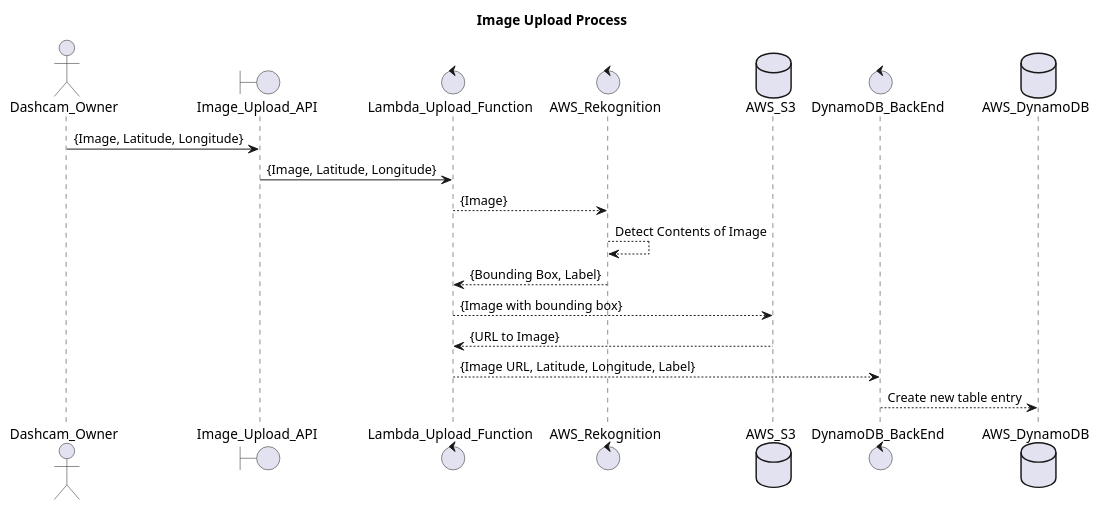
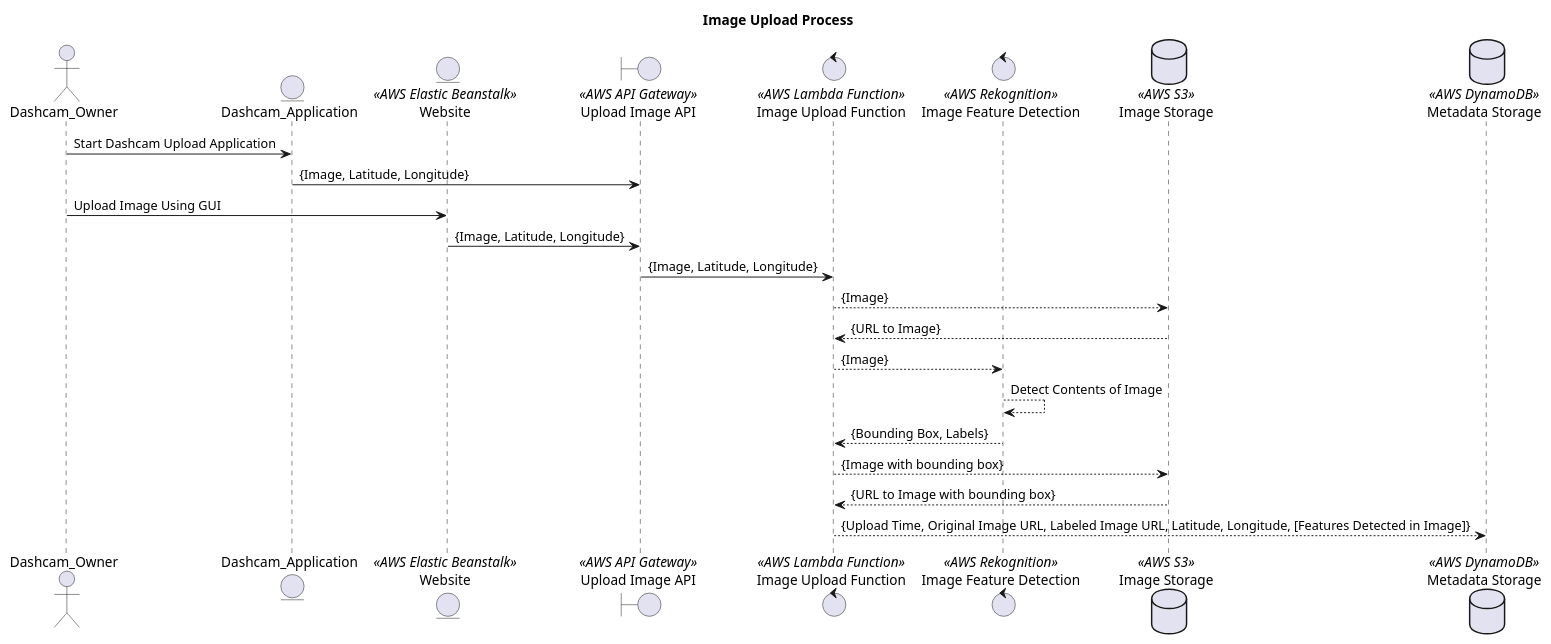
The diagram in sequence_diagrams/imaged_pushed_to_API_Sequence.wsd (mikebowyer/ECE528_Project), drawn with PlantUML before and after one commit. The commit also changed 3 other files, not shown here.

Commit message:
Updated sequence diagram images

```diff
--- a/sequence_diagrams/imaged_pushed_to_API_Sequence.wsd
+++ b/sequence_diagrams/imaged_pushed_to_API_Sequence.wsd
@@ -1,23 +1,27 @@
 @startuml
 title Image Upload Process
 
-actor       Dashcam_Owner
-boundary    Image_Upload_API
-control     Lambda_Upload_Function
-control     AWS_Rekognition
-database    AWS_S3
-control     DynamoDB_BackEnd
-database    AWS_DynamoDB
+actor       Dashcam_Owner 
+entity      Dashcam_Application
+entity      "Website" as Website << AWS Elastic Beanstalk>>
+boundary    "Upload Image API" as Image_Upload_API << AWS API Gateway >>
+control     "Image Upload Function" as Lambda_Upload_Function << AWS Lambda Function >>
+control     "Image Feature Detection" as AWS_Rekognition << AWS Rekognition >>
+database    "Image Storage" as AWS_S3 << AWS S3 >>
+database    "Metadata Storage" as AWS_DynamoDB << AWS DynamoDB >>
 
-Dashcam_Owner -> Image_Upload_API: {Image, Latitude, Longitude}
+Dashcam_Owner -> Dashcam_Application: Start Dashcam Upload Application
+Dashcam_Application -> Image_Upload_API: {Image, Latitude, Longitude}
+Dashcam_Owner -> Website: Upload Image Using GUI
+Website -> Image_Upload_API: {Image, Latitude, Longitude}
 Image_Upload_API -> Lambda_Upload_Function: {Image, Latitude, Longitude}
+Lambda_Upload_Function --> AWS_S3: {Image}
+Lambda_Upload_Function <-- AWS_S3: {URL to Image}
 Lambda_Upload_Function --> AWS_Rekognition: {Image}
 AWS_Rekognition --> AWS_Rekognition: Detect Contents of Image
-AWS_Rekognition --> Lambda_Upload_Function: {Bounding Box, Label}
+AWS_Rekognition --> Lambda_Upload_Function: {Bounding Box, Labels}
 Lambda_Upload_Function --> AWS_S3: {Image with bounding box}
-Lambda_Upload_Function <-- AWS_S3: {URL to Image}
-Lambda_Upload_Function --> DynamoDB_BackEnd: {Image URL, Latitude, Longitude, Label}
-DynamoDB_BackEnd --> AWS_DynamoDB: Create new table entry
-
+Lambda_Upload_Function <-- AWS_S3: {URL to Image with bounding box}
+Lambda_Upload_Function --> AWS_DynamoDB: {Upload Time, Original Image URL, Labeled Image URL, Latitude, Longitude, [Features Detected in Image]}
 
 @enduml
```
